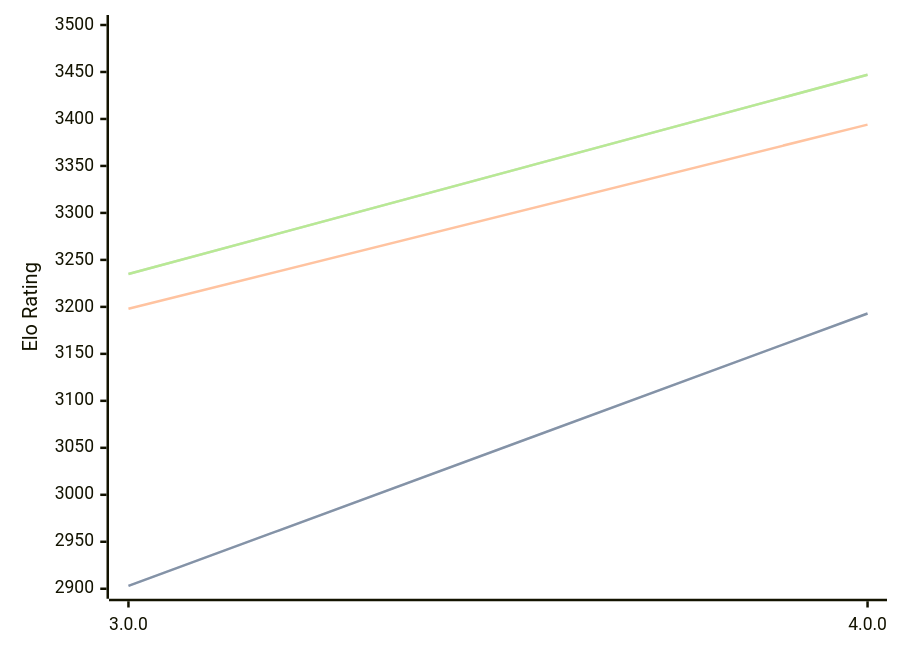
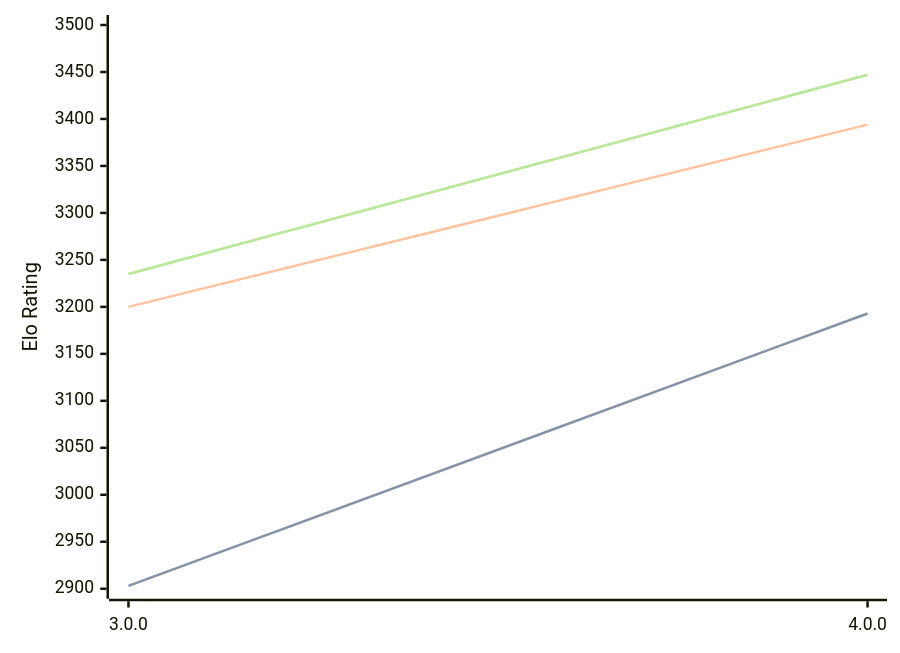
One commit to computer-chess-index/cci changed the diagram in engines/Avalanche.md. Above: the diagram before and after it, drawn with Mermaid. The commit also changed other lines of this file, not shown here.

````diff
--- a/engines/Avalanche.md
+++ b/engines/Avalanche.md
@@ -32,11 +32,11 @@
 ```mermaid
 %%{init: {"theme":"base","themeVariables":{"seriesColors:['#a3a3a3','#222221','#faa371']}}}%%
 xychart-beta
   x-axis ["3.0.0", "4.0.0"]
   y-axis "Elo Rating" 2900 --> 3500
   line "" [2903, 3193]
   line "STC (8.0+0.08s)" [2903, 3193]
-  line "LTC (60.0+0.60s)" [3198, 3394]
+  line "LTC (60.0+0.60s)" [3200, 3394]
   line "" [3235, 3447]
   line "VLTC (2m24s+1.12s)" [3235, 3447]
 ```
````
